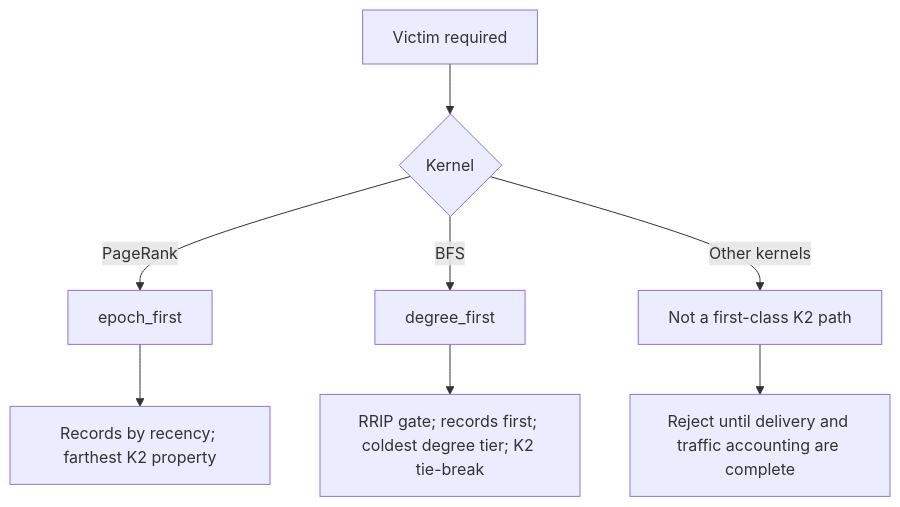
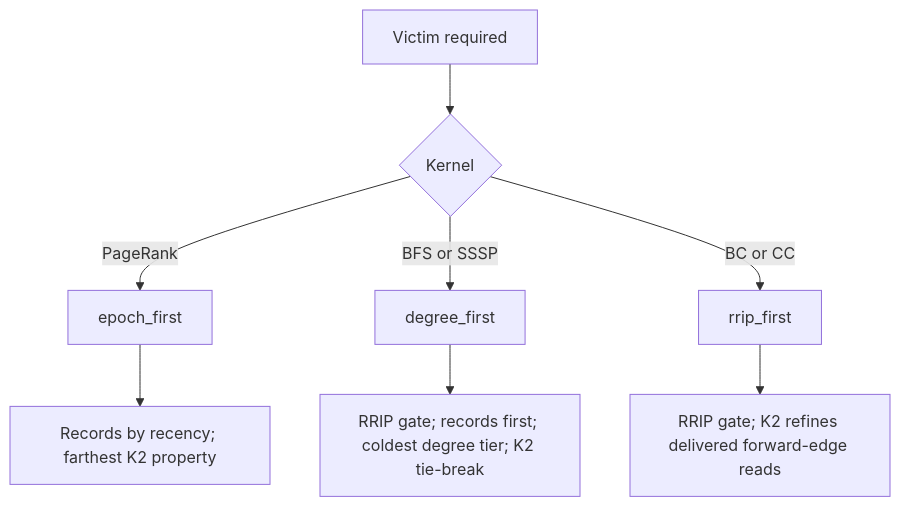
The second of 4 diagrams in wiki/ECG-HPCA-Paper.md (UVA-LavaLab/GraphBrew), drawn with Mermaid before and after one commit. The commit also changed other lines of this file and 69 other files, not shown here.

````diff
--- a/wiki/ECG-HPCA-Paper.md
+++ b/wiki/ECG-HPCA-Paper.md
@@ -74,10 +80,10 @@
 ```mermaid
 flowchart TD
     A[Victim required] --> B{Kernel}
     B -->|PageRank| C[epoch_first]
-    B -->|BFS| D[degree_first]
-    B -->|Other kernels| E[Not a first-class K2 path]
+    B -->|BFS or SSSP| D[degree_first]
+    B -->|BC or CC| E[rrip_first]
     C --> F[Records by recency; farthest K2 property]
     D --> G[RRIP gate; records first; coldest degree tier; K2 tie-break]
-    E --> H[Reject until delivery and traffic accounting are complete]
+    E --> H[RRIP gate; K2 refines delivered forward-edge reads]
 ```
````
